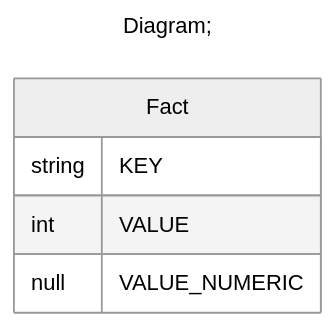
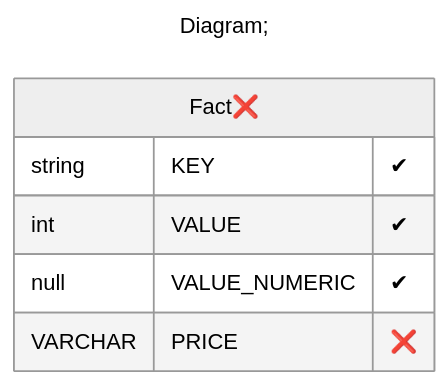
The third of 3 diagrams in demo/server/catalogs/tutorial_01-02_Cube_IncorrectMeasureColumnReference/README.MD (xmla-services/workground), drawn with Mermaid (neutral theme) before and after one commit. The commit also changed 44 other files, not shown here.

Commit message:
tutorials. add flags (positive, negative) in database diagram Signed-off-by: dbulahov <bulahovdenis@gmail.com>

````diff
--- a/demo/server/catalogs/tutorial_01-02_Cube_IncorrectMeasureColumnReference/README.MD
+++ b/demo/server/catalogs/tutorial_01-02_Cube_IncorrectMeasureColumnReference/README.MD
@@ -60,12 +60,13 @@
 ```mermaid
 ---
 title: Diagram;
 ---
 erDiagram
-Fact{
-string KEY
-int VALUE
-null VALUE_NUMERIC
+"Fact❌"{
+string KEY "✔"
+int VALUE "✔"
+null VALUE_NUMERIC "✔"
+VARCHAR PRICE "❌"
 }
 
 ```
````
